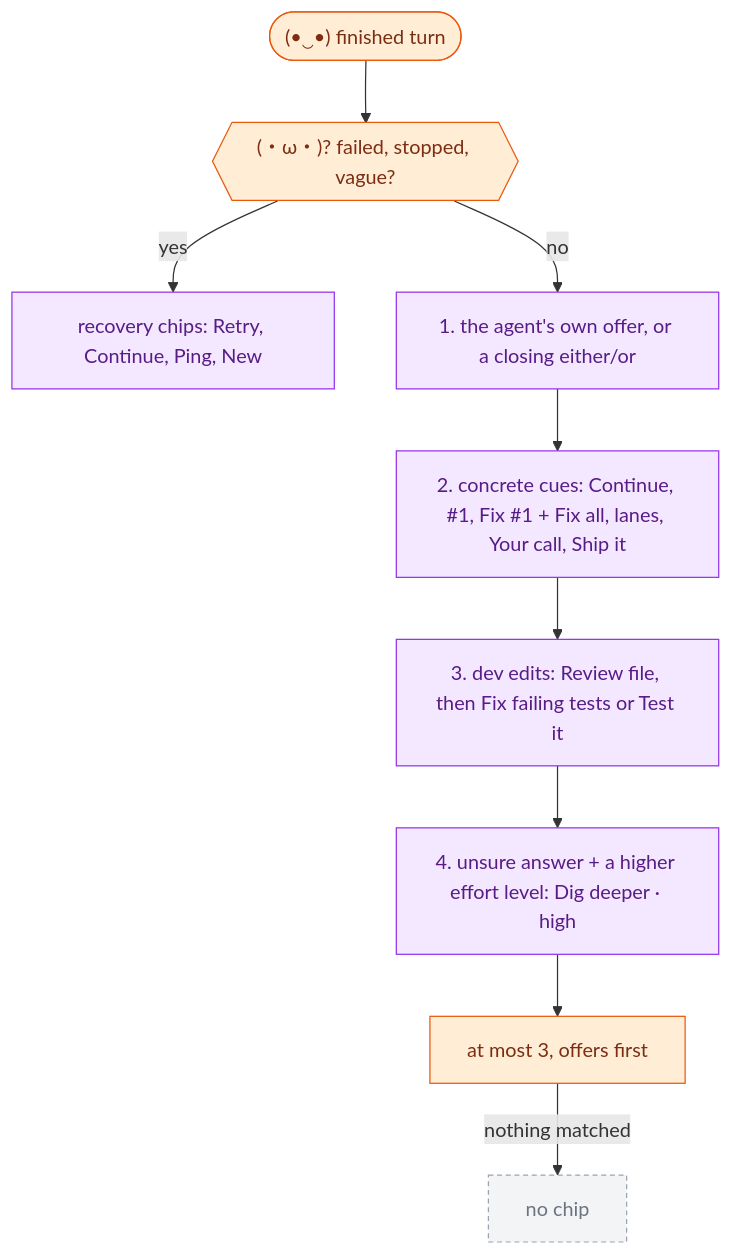
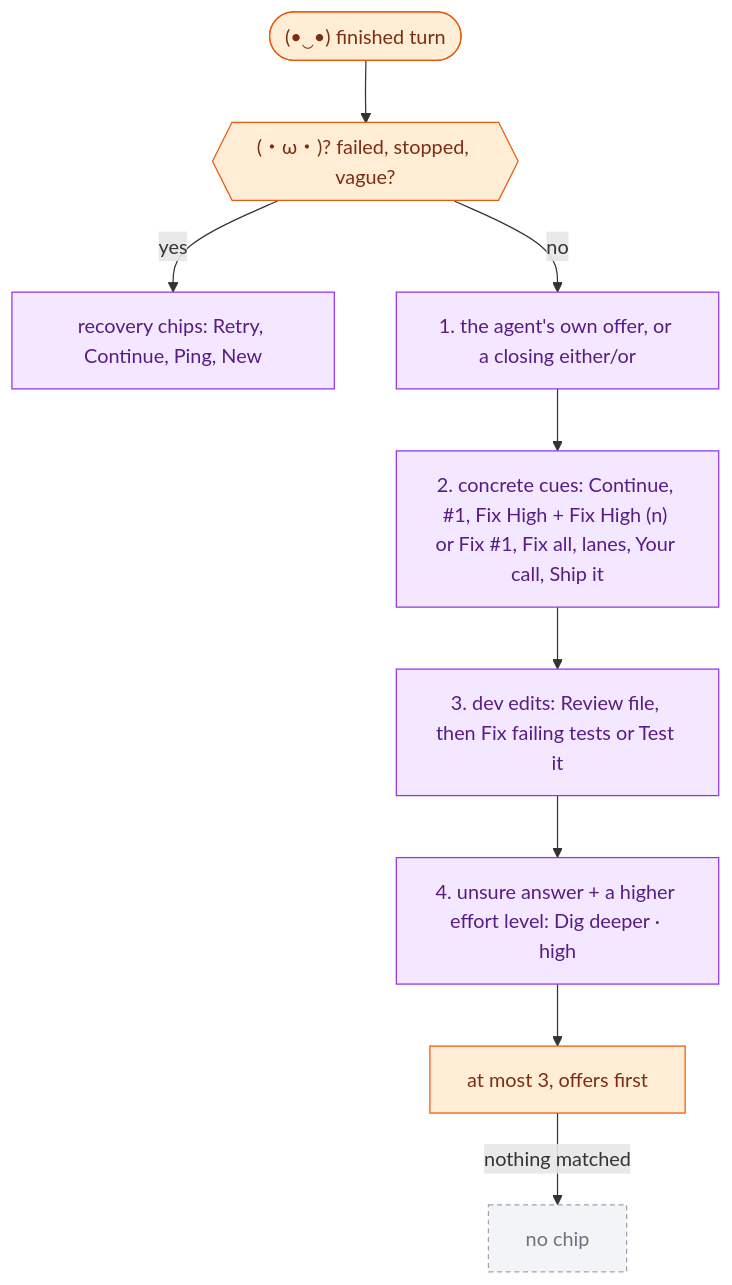
One commit to Artsrun/oc-copilot changed the second of 4 diagrams in docs/flow/07-lanes-chips-effort.md. Above: the diagram before and after it, drawn with Mermaid. The commit also changed other lines of this file and 20 other files, not shown here.

````diff
--- a/docs/flow/07-lanes-chips-effort.md
+++ b/docs/flow/07-lanes-chips-effort.md
@@ -57,21 +57,21 @@
 ```mermaid
 flowchart TD
   classDef bridge fill:#ffedd5,stroke:#ea580c,color:#7c2d12
   classDef back fill:#f3e8ff,stroke:#9333ea,color:#581c87
   classDef off fill:#f3f4f6,stroke:#9ca3af,color:#6b7280,stroke-dasharray: 4 3
 
   F(["(•‿•) finished turn"]):::bridge
   OK{{"(・ω・)? failed, stopped, vague?"}}:::bridge
   REC["recovery chips: Retry, Continue, Ping, New"]:::back
   OF["1. the agent's own offer, or a closing either/or"]:::back
-  CUE["2. concrete cues: Continue, #1, Fix #1 + Fix all, lanes, Your call, Ship it"]:::back
+  CUE["2. concrete cues: Continue, #1, Fix High + Fix High (n) or Fix #1, Fix all, lanes, Your call, Ship it"]:::back
   DEV["3. dev edits: Review file, then Fix failing tests or Test it"]:::back
   DD["4. unsure answer + a higher effort level: Dig deeper · high"]:::back
   CAP["at most 3, offers first"]:::bridge
   NONE["no chip"]:::off
 
   F --> OK
   OK -->|yes| REC
   OK -->|no| OF --> CUE --> DEV --> DD --> CAP
   CAP -->|nothing matched| NONE
 ```
````
